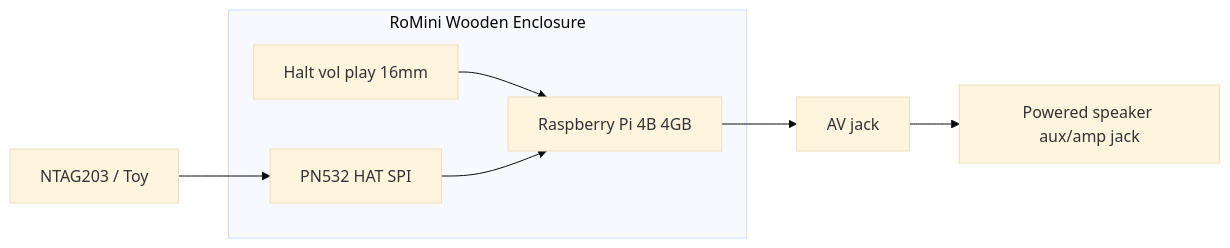
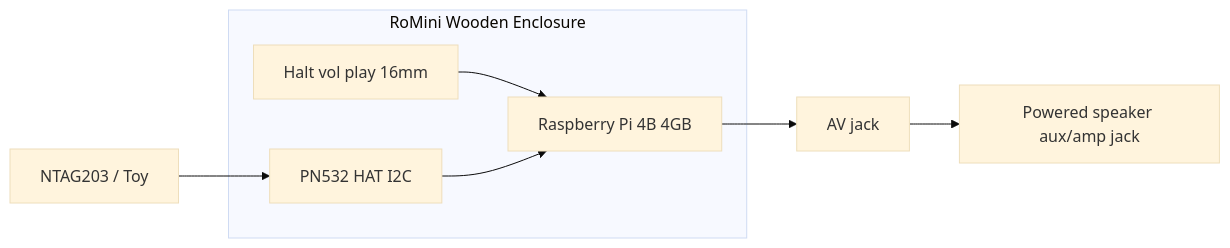
One commit to mzworthington/RoMini changed the diagram in docs/PRD_001.md. Above: the diagram before and after it, drawn with Mermaid (base theme). The commit also changed other lines of this file and 16 other files, not shown here.

````diff
--- a/docs/PRD_001.md
+++ b/docs/PRD_001.md
@@ -53,13 +53,13 @@
 ```mermaid
 flowchart LR
-  toy["NTAG203 / Toy"] --> nfc["PN532 HAT SPI"]
+  toy["NTAG203 / Toy"] --> nfc["PN532 HAT I2C"]
   buttons["Halt vol play 16mm"] --> pi["Raspberry Pi 4B 4GB"]
   nfc --> pi
   pi --> jack["AV jack"]
   jack --> speaker["Powered speaker aux/amp jack"]
   subgraph enclosure["RoMini Wooden Enclosure"]
     nfc
     pi
     buttons
   end
 ```
````
